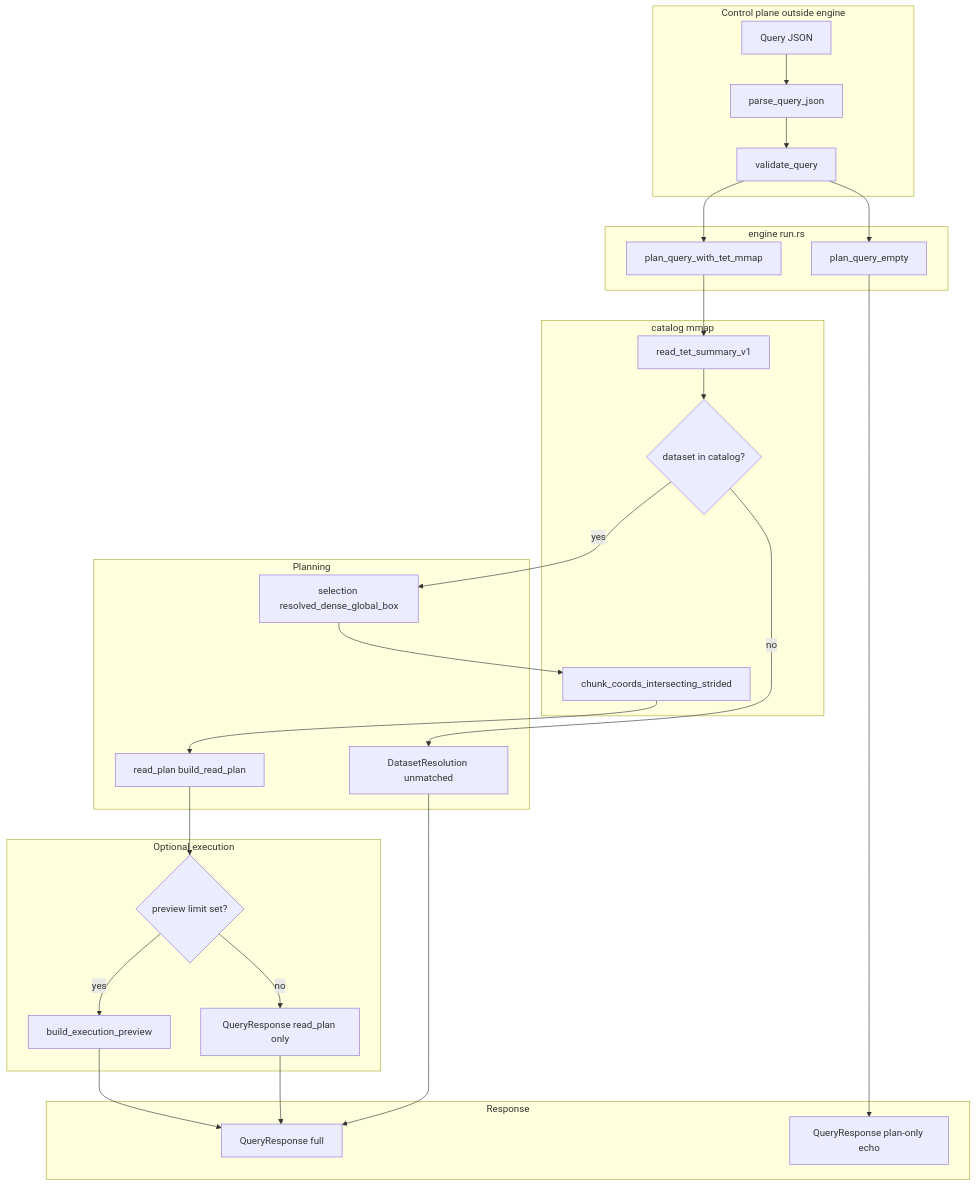
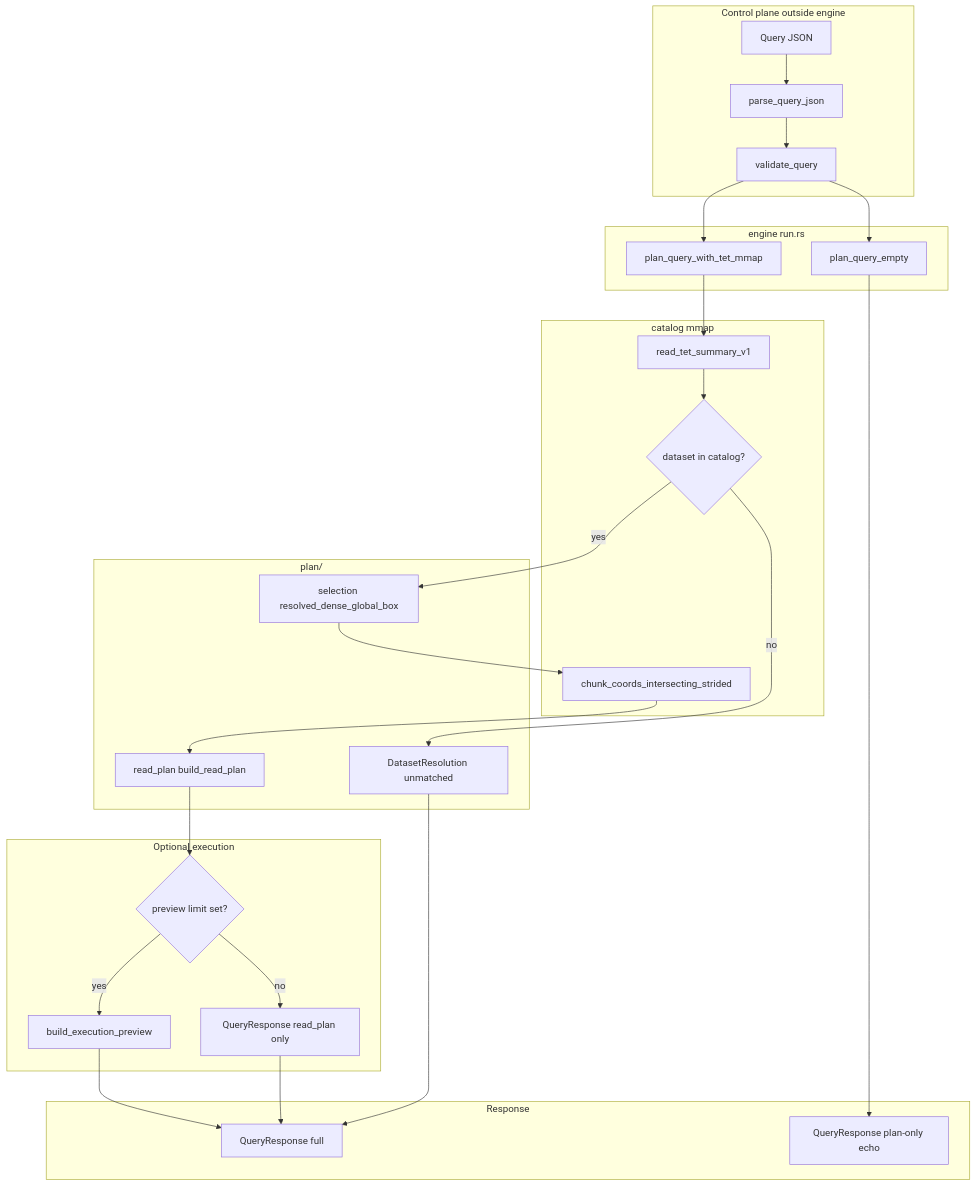
Before and after one commit to thicclatka/tetration: the first of 2 diagrams in docs/query_engine.md, drawn with Mermaid. The commit also changed other lines of this file and 2 other files, not shown here.

First line of the commit message:
docs: describe query plan/decode/materialize/fold layout

````diff
--- a/docs/query_engine.md
+++ b/docs/query_engine.md
@@ -11,46 +11,46 @@
 ```mermaid
 flowchart TD
     subgraph control["Control plane outside engine"]
         JSON["Query JSON"]
         Parse["parse_query_json"]
         Validate["validate_query"]
         JSON --> Parse --> Validate
     end
 
     subgraph entry["engine run.rs"]
         PQ["plan_query_empty"]
         PQM["plan_query_with_tet_mmap"]
         Validate --> PQ
         Validate --> PQM
     end
 
     subgraph catalog_mmap["catalog mmap"]
         Summary["read_tet_summary_v1"]
         Match{"dataset in catalog?"}
         Chunks["chunk_coords_intersecting_strided"]
     end
 
-    subgraph planning["Planning"]
+    subgraph planning["plan/"]
         Sel["selection resolved_dense_global_box"]
         RP["read_plan build_read_plan"]
         PQM --> Summary --> Match
         Match -->|no| Unmatched["DatasetResolution unmatched"]
         Match -->|yes| Sel --> Chunks --> RP
     end
 
     subgraph exec["Optional execution"]
         Gate{"preview limit set?"}
         BEP["build_execution_preview"]
         RP --> Gate
         Gate -->|no| RespPlan["QueryResponse read_plan only"]
         Gate -->|yes| BEP
     end
 
     subgraph out["Response"]
         RespFull["QueryResponse full"]
         Unmatched --> RespFull
         RespPlan --> RespFull
         BEP --> RespFull
         PQ --> Echo["QueryResponse plan-only echo"]
     end
 ```
````
